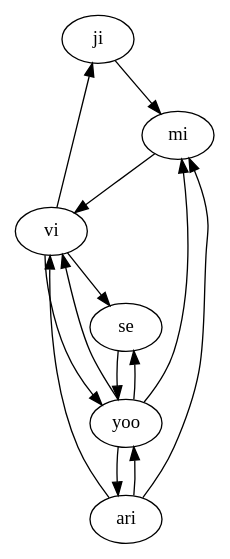
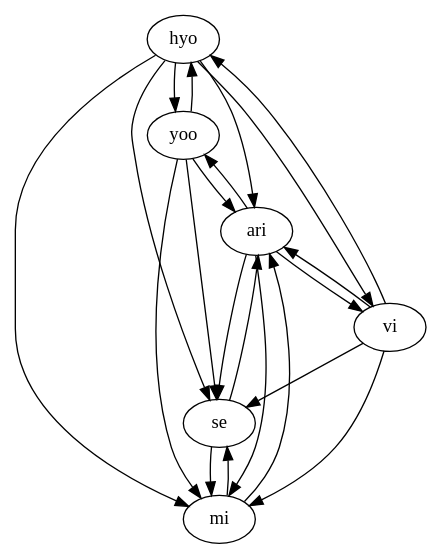
The diagram in src/main/java/resource/awesome.dot (hannimpeha/WS), drawn with Graphviz before and after one commit. The commit also changed 7 other files, not shown here.

```diff
--- a/src/main/java/resource/awesome.dot
+++ b/src/main/java/resource/awesome.dot
@@ -1,15 +1,23 @@
 digraph {
-ji->mi;
-vi->ji;
+hyo->yoo;
+yoo->hyo;
+hyo->mi;
+hyo->vi;
+vi->hyo;
+hyo->se;
+hyo->ari;
 yoo->mi;
-yoo->vi;
-vi->yoo;
 yoo->se;
-se->yoo;
 yoo->ari;
 ari->yoo;
-mi->vi;
+vi->mi;
+mi->se;
+se->mi;
+mi->ari;
 ari->mi;
 vi->se;
+vi->ari;
 ari->vi;
+se->ari;
+ari->se;
 }
```
